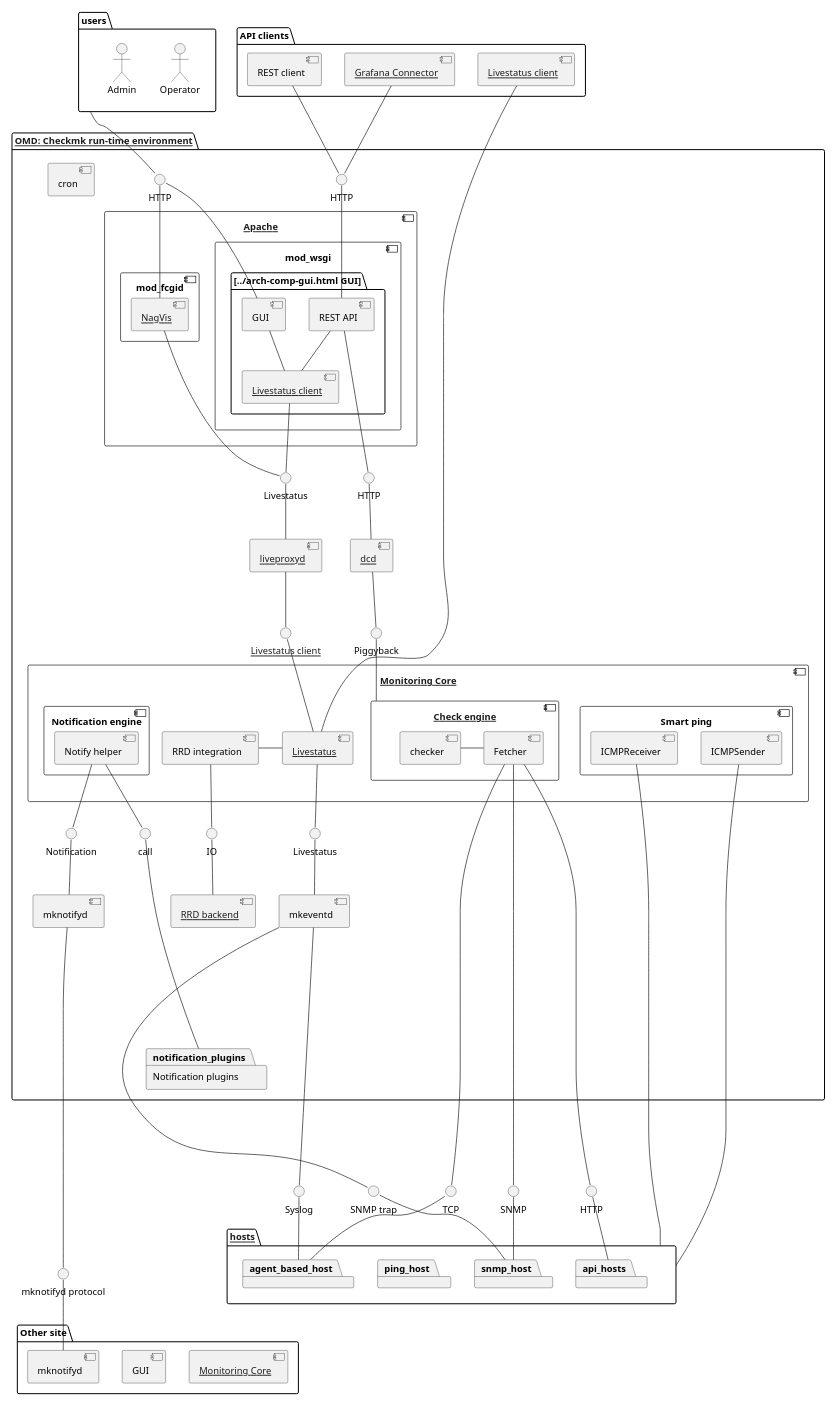
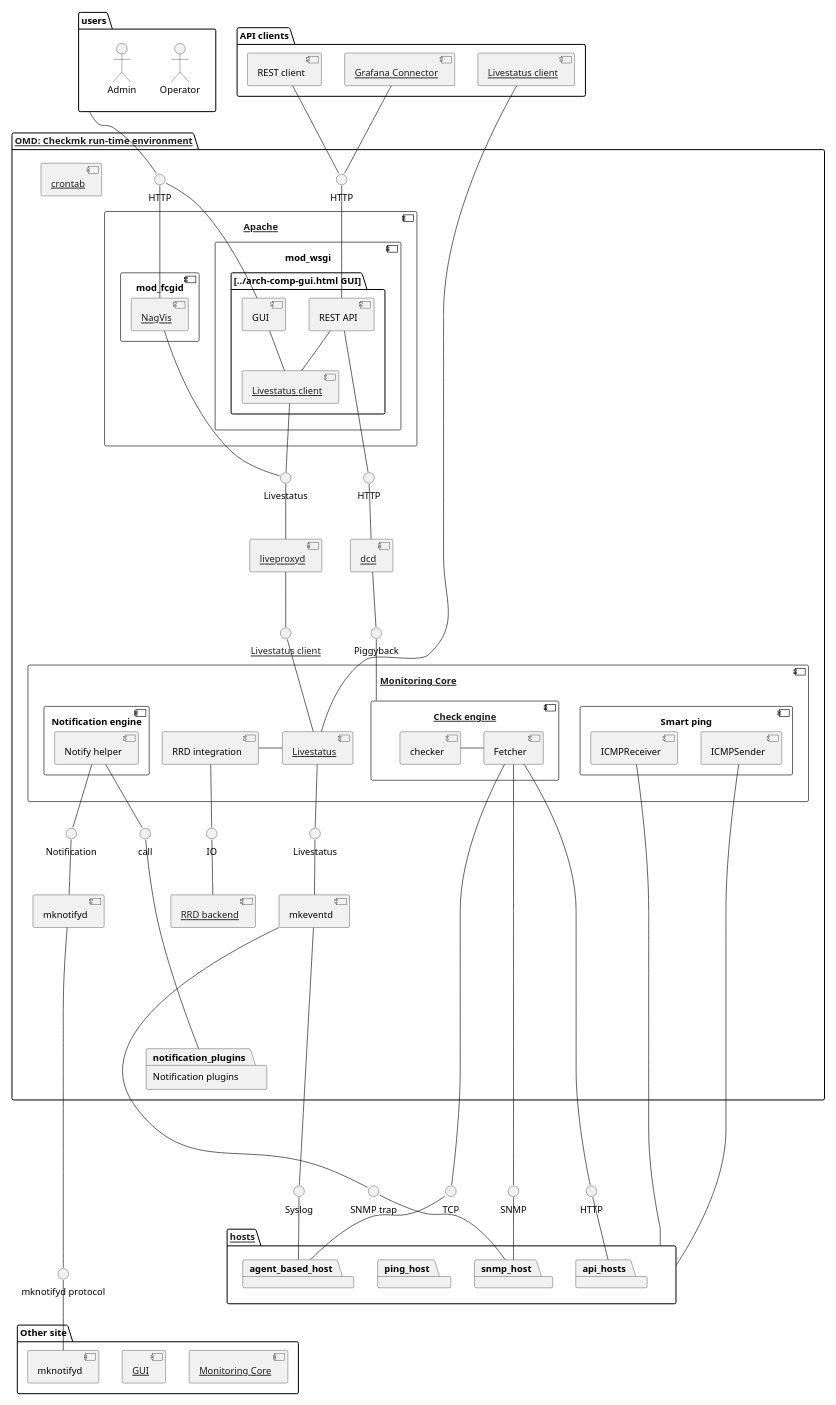
One commit to Checkmk/checkmk changed the diagram in doc/documentation/topology.puml. Above: the diagram before and after it, drawn with PlantUML. The commit also changed 4 other files, not shown here.

```diff
--- a/doc/documentation/topology.puml
+++ b/doc/documentation/topology.puml
@@ -1,147 +1,147 @@
 @startuml
 skinparam componentStyle uml2
 skinparam monochrome true
 ' Remove shadows
 skinparam shadowing false
 scale 0.6
 
 package users {
     actor "Operator" as operator
     actor "Admin" as admin
 }
 
 package "API clients" as api_clients {
     component "[[../arch-comp-grafana-connector.html Grafana Connector]]" as grafana_connector
     component "REST client" as rest_api_client
     component "[[../arch-comp-livestatus-client.html Livestatus client]]" as external_livestatus_client
 }
 
 package "[[../arch-comp-omd.html OMD: Checkmk run-time environment]]" as omd {
     interface HTTP as http_gui
     interface HTTP as http_rest_api
     component "[[../arch-comp-apache.html Apache]]" as apache {
         component "mod_wsgi" as mod_wsgi {
             package "[[../arch-comp-gui.html GUI]]" {
                 component GUI
                 component "REST API" as rest_api
                 component "[[../arch-comp-livestatus-client.html Livestatus client]]" as apache_livestatus_client
             }
         }
         component mod_fcgid {
             component "[[../arch-comp-nagvis.html NagVis]]" as nagvis
         }
     }
     interface Livestatus as apache_livestatus
 
     component "[[../arch-comp-core.html Monitoring Core]]" as cmc {
         component "RRD integration" as rrd_integration
         component "[[../arch-comp-livestatus.html Livestatus]]" as cmc_livestatus_server
         component "[[../arch-comp-checkengine.html Check engine]]" as check_engine {
             component checker
             component Fetcher
         }
         component "Smart ping" as smart_ping {
             component ICMPReceiver
             component ICMPSender
         }
         component "Notification engine" as cmc_notify {
             component "Notify helper" as notify_helper
         }
     }
     interface "call" as call_notification_plugins
 
-    component cron
+    component "[[../arch-comp-crontab.html crontab]]" as crontab
 
     component "[[../arch-comp-liveproxyd.html liveproxyd]]" as liveproxyd
     interface "[[../arch-comp-livestatus-client.html Livestatus client]]" as liveproxyd_livestatus_client
 
     component "[[../arch-comp-dcd.html dcd]]" as dcd
     interface "HTTP" as dcd_web_api_client
     interface Piggyback as dcd_piggyback
 
     component mkeventd
     interface Livestatus as mkeventd_livestatus
 
     component mknotifyd
     interface Notification as mknotifyd_notification
 
     component "[[../arch-comp-rrd-backend.html RRD backend]]" as rrd_backend
     interface "IO" as rrd_io
 
     package "Notification plugins" as notification_plugins
 }
 
 package "Other site" as other_site {
     component "[[../arch-comp-core.html Monitoring Core]]" as cmc_other_site
-    component "GUI" as gui_other_site
+    component "[[../arch-comp-gui.html GUI]]" as gui_other_site
     component "mknotifyd" as mknotifyd_other_site
 }
 interface "mknotifyd protocol" as mknotifyd_protocol
 
 package "[[../arch-comp-hosts.html hosts]]" as hosts {
     package agent_based_host
     package snmp_host
     package ping_host
     package api_hosts
 }
 interface TCP
 interface Syslog
 interface SNMP
 interface "SNMP trap" as trap
 interface HTTP as api_hosts_http
 
 users -d- http_gui
 rest_api_client -d- http_rest_api
 grafana_connector -d- http_rest_api
 
 http_gui -d- GUI
 http_gui -d- nagvis
 http_rest_api -d- rest_api
 
 GUI -d- apache_livestatus_client
 rest_api -d- apache_livestatus_client
 apache_livestatus_client -d- apache_livestatus
 nagvis -d- apache_livestatus
 apache_livestatus -d- liveproxyd
 
 liveproxyd -d- liveproxyd_livestatus_client
 liveproxyd_livestatus_client -d- cmc_livestatus_server
 
 dcd -u- dcd_web_api_client
 dcd -d- dcd_piggyback
 dcd_web_api_client -l- rest_api
 dcd_piggyback -d- check_engine
 
 ' Help visualization
 notify_helper -[hidden]r-> rrd_integration
 rrd_integration -r- cmc_livestatus_server
 checker -r- Fetcher
 
 external_livestatus_client -d- cmc_livestatus_server
 Fetcher -d----- TCP
 Fetcher -d----- SNMP
 Fetcher -d----- api_hosts_http
 TCP -d- agent_based_host
 SNMP -d- snmp_host
 api_hosts_http -d- api_hosts
 ICMPSender -d---- hosts
 ICMPReceiver -d---- hosts
 
 rrd_integration -d- rrd_io
 rrd_io -d- rrd_backend
 
 notify_helper -d- call_notification_plugins
 call_notification_plugins -d---- notification_plugins
 notify_helper -d- mknotifyd_notification
 mknotifyd_notification -d- mknotifyd
 mknotifyd -d------ mknotifyd_protocol
 mknotifyd_protocol -d- mknotifyd_other_site
 
 cmc_livestatus_server -d- mkeventd_livestatus
 mkeventd_livestatus -d- mkeventd
 mkeventd -d-- Syslog
 Syslog -d- agent_based_host
 mkeventd -d----- trap
 trap -d- snmp_host
 
 @enduml
```
